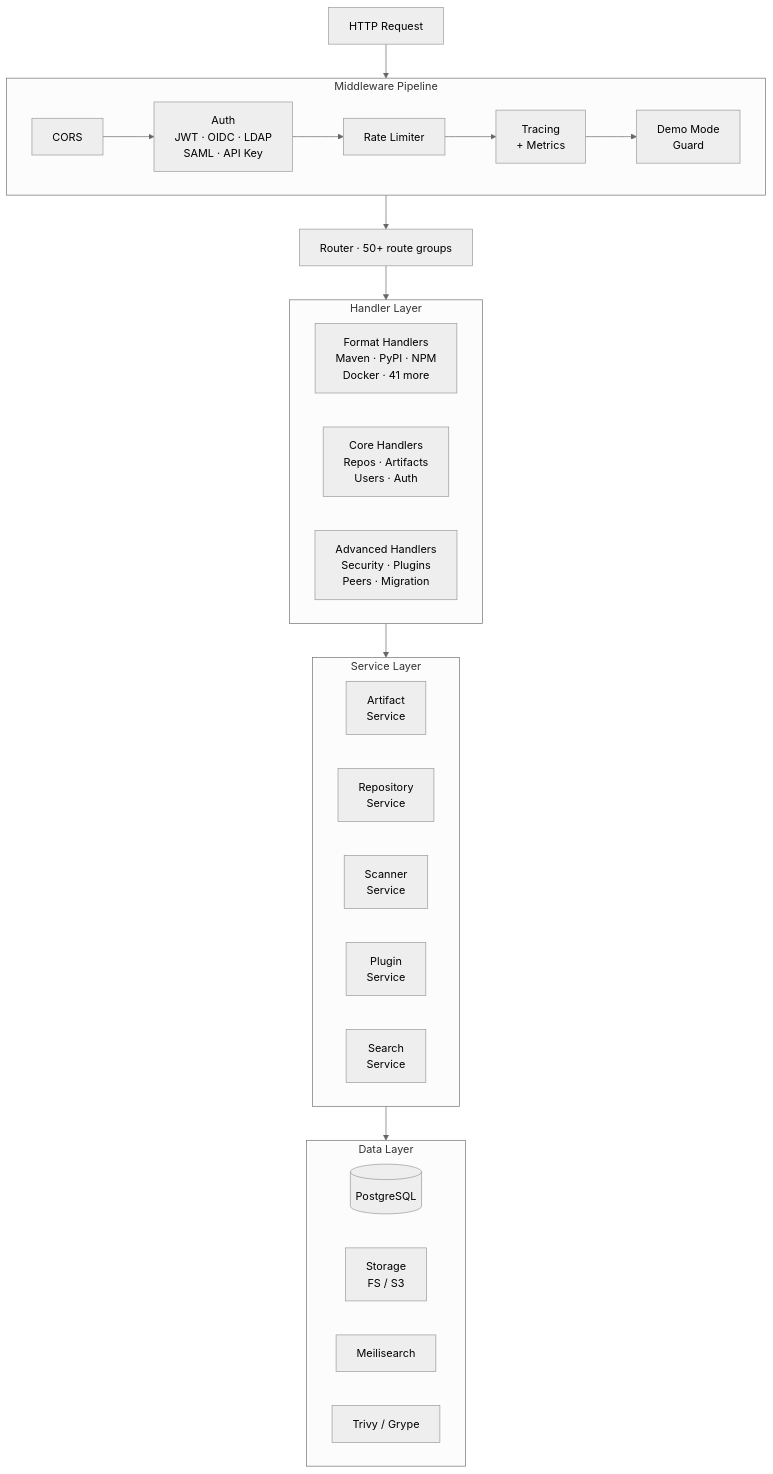
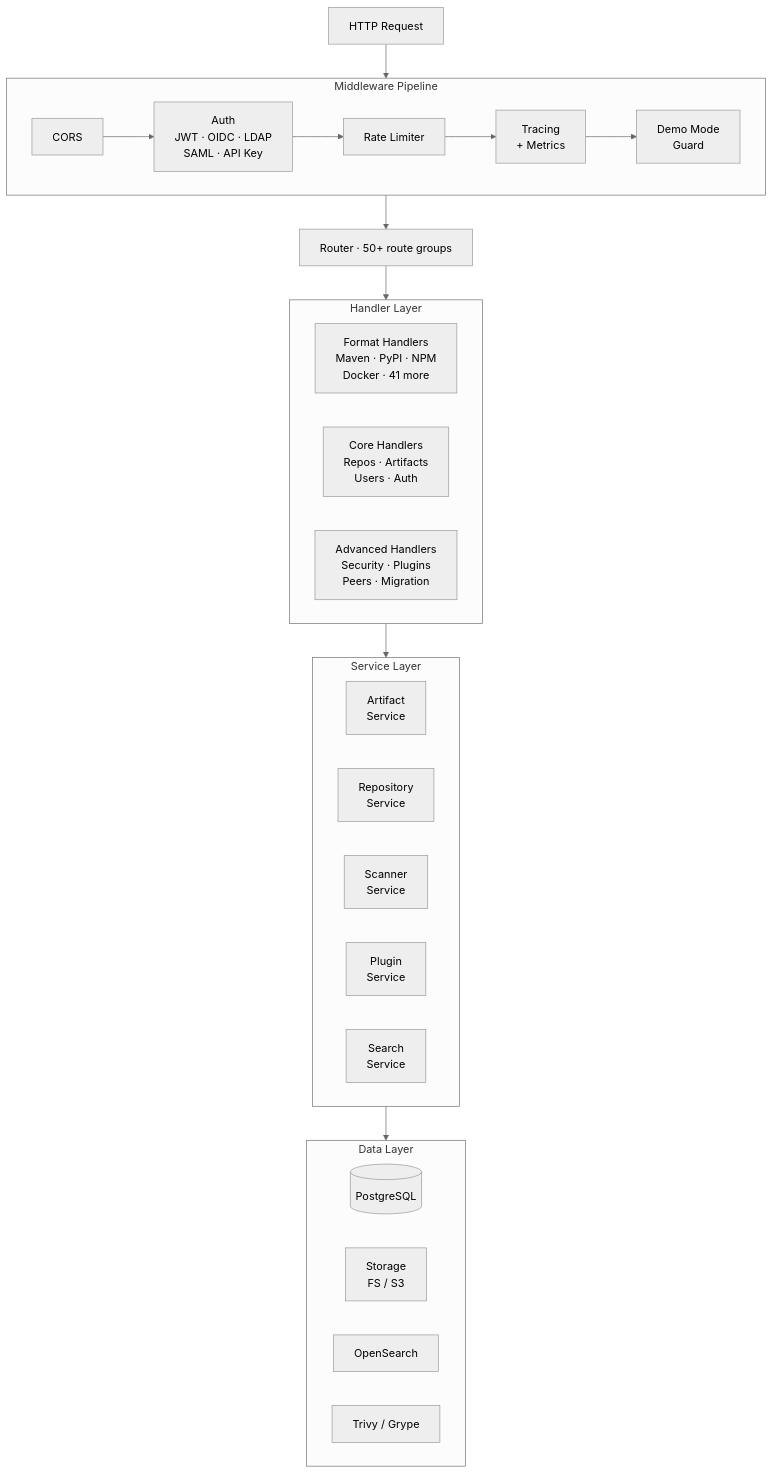
The second of 6 diagrams in src/content/docs/docs/getting-started/architecture.mdx (artifact-keeper/artifact-keeper-site), drawn with Mermaid (neutral theme) before and after one commit. The commit also changed other lines of this file and 15 other files, not shown here.

First line of the commit message:
docs: update search backend docs from Meilisearch to OpenSearch (#59)

````diff
--- a/src/content/docs/docs/getting-started/architecture.mdx
+++ b/src/content/docs/docs/getting-started/architecture.mdx
@@ -52,43 +52,43 @@
 ```mermaid
 flowchart TD
     REQ["HTTP Request"] --> MW
 
     subgraph MW["Middleware Pipeline"]
         direction LR
         CORS["CORS"] --> AUTH["Auth<br/>JWT · OIDC · LDAP<br/>SAML · API Key"]
         AUTH --> RL["Rate Limiter"]
         RL --> TRACE["Tracing<br/>+ Metrics"]
         TRACE --> DEMO["Demo Mode<br/>Guard"]
     end
 
     MW --> ROUTER["Router · 50+ route groups"]
 
     subgraph HANDLERS["Handler Layer"]
         FMT["Format Handlers<br/>Maven · PyPI · NPM<br/>Docker · 41 more"]
         CORE["Core Handlers<br/>Repos · Artifacts<br/>Users · Auth"]
         ADV["Advanced Handlers<br/>Security · Plugins<br/>Peers · Migration"]
     end
 
     ROUTER --> HANDLERS
 
     subgraph SERVICES["Service Layer"]
         direction LR
         ART["Artifact<br/>Service"]
         REPO["Repository<br/>Service"]
         SCAN["Scanner<br/>Service"]
         PLUG["Plugin<br/>Service"]
         SEARCH["Search<br/>Service"]
     end
 
     HANDLERS --> SERVICES
 
     subgraph DATA["Data Layer"]
         direction LR
         PG[(PostgreSQL)]
         FS["Storage<br/>FS / S3"]
-        MS["Meilisearch"]
+        MS["OpenSearch"]
         SC["Trivy / Grype"]
     end
 
     SERVICES --> DATA
 ```
````
